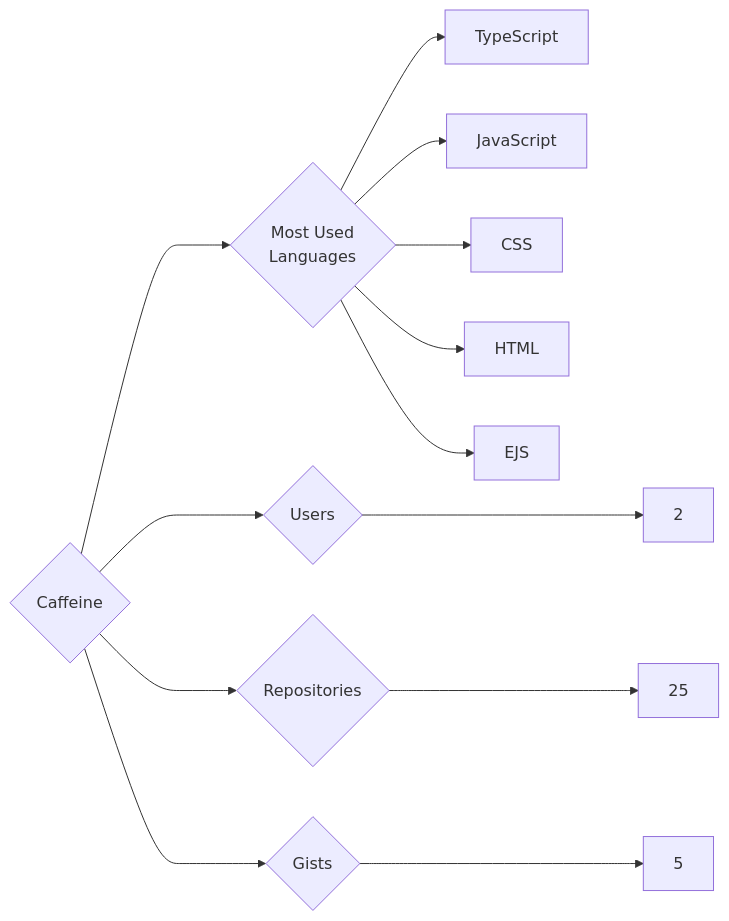
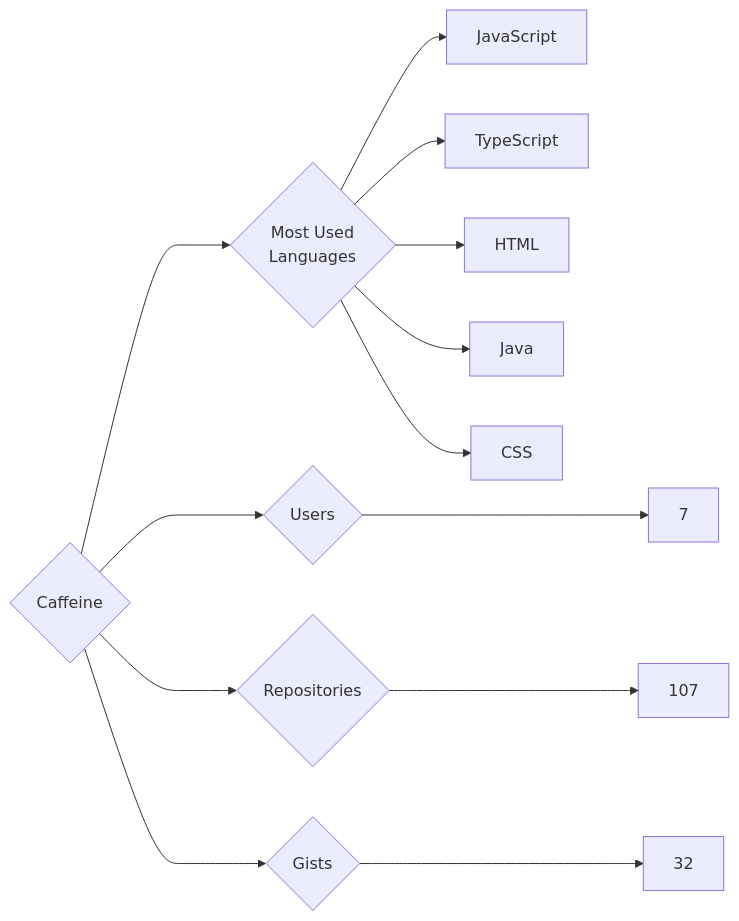
One commit to trickest/insiders changed the diagram in targets/Caffeine/README.md. Above: the diagram before and after it, drawn with Mermaid. The commit also changed 826 other files, not shown here.

````diff
--- a/targets/Caffeine/README.md
+++ b/targets/Caffeine/README.md
@@ -3,13 +3,13 @@
 ```mermaid
 graph LR
 COMPANY_NAME{Caffeine}
-COMPANY_NAME ---> U{Users} ---> UN[2]
-COMPANY_NAME ---> R{Repositories} ---> RN[25]
-COMPANY_NAME ---> G{Gists} ---> GN[5]
+COMPANY_NAME ---> U{Users} ---> UN[7]
+COMPANY_NAME ---> R{Repositories} ---> RN[107]
+COMPANY_NAME ---> G{Gists} ---> GN[32]
 COMPANY_NAME ---> ML{Most Used<br>Languages}
+ML --> JavaScript[JavaScript]
 ML --> TypeScript[TypeScript]
-ML --> JavaScript[JavaScript]
+ML --> HTML[HTML]
+ML --> Java[Java]
 ML --> CSS[CSS]
-ML --> HTML[HTML]
-ML --> EJS[EJS]
 ```
````
